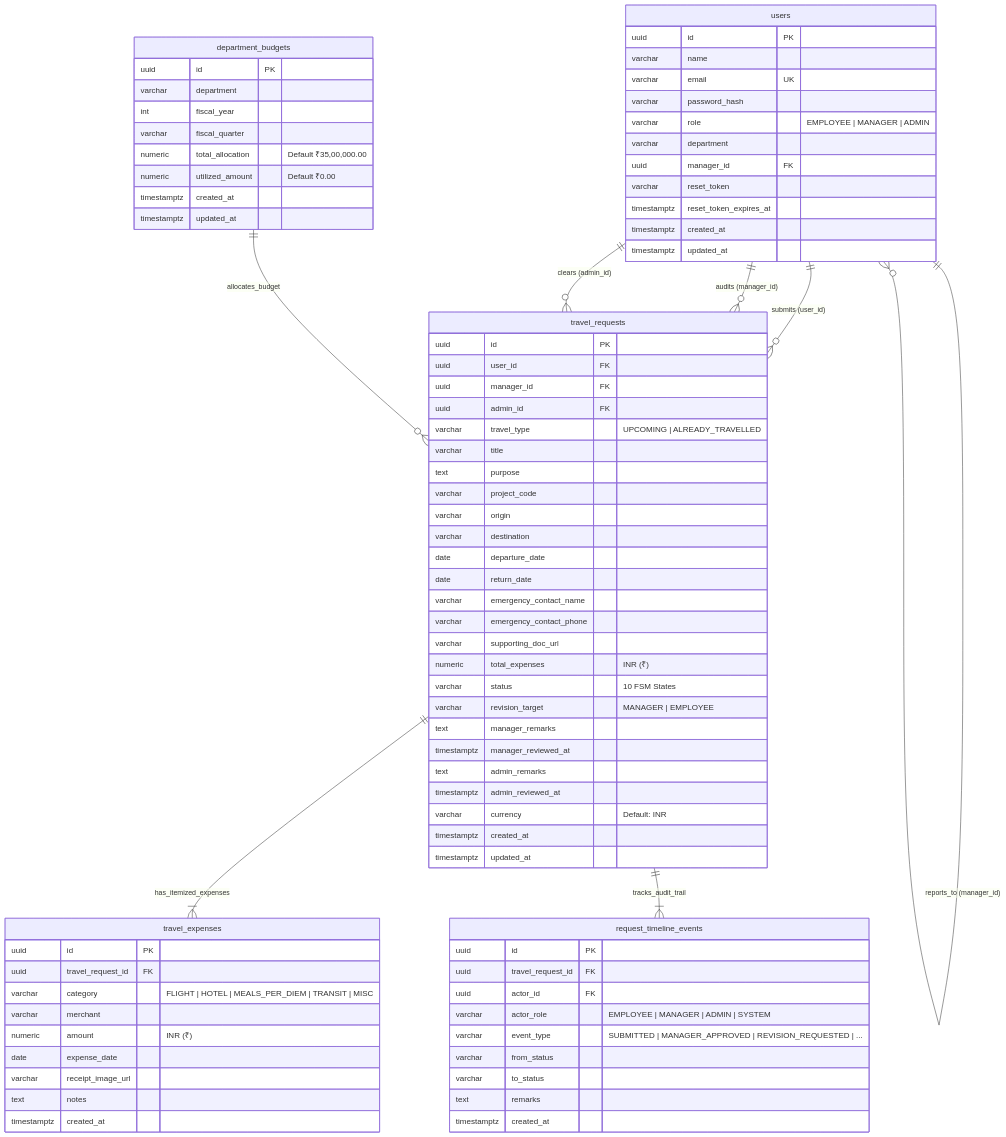
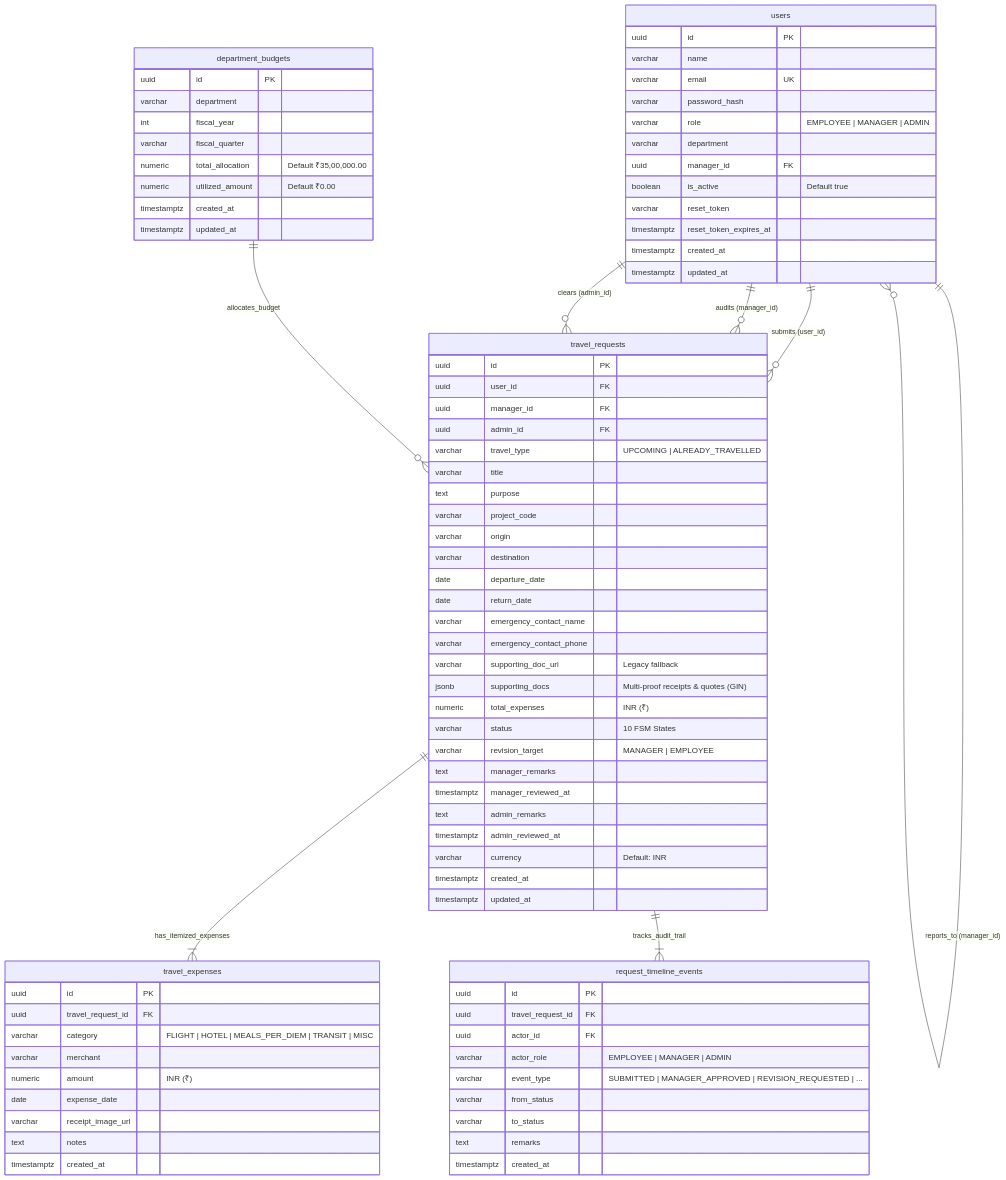
Before and after one commit to Sudalaimani777/Dashboard: the diagram in server/docs/DATABASE.md, drawn with Mermaid. The commit also changed other lines of this file and 47 other files, not shown here.

First line of the commit message:
Update database schema documentation and remove obsolete Postman collections

```diff
--- a/server/docs/DATABASE.md
+++ b/server/docs/DATABASE.md
@@ -34,6 +35,7 @@
         varchar role "EMPLOYEE | MANAGER | ADMIN"
         varchar department
         uuid manager_id FK
+        boolean is_active "Default true"
         varchar reset_token
         timestamptz reset_token_expires_at
         timestamptz created_at
@@ -66,7 +68,8 @@
         date return_date
         varchar emergency_contact_name
         varchar emergency_contact_phone
-        varchar supporting_doc_url
+        varchar supporting_doc_url "Legacy fallback"
+        jsonb supporting_docs "Multi-proof receipts & quotes (GIN)"
         numeric total_expenses "INR (₹)"
         varchar status "10 FSM States"
         varchar revision_target "MANAGER | EMPLOYEE"
@@ -95,7 +98,7 @@
         uuid id PK
         uuid travel_request_id FK
         uuid actor_id FK
-        varchar actor_role "EMPLOYEE | MANAGER | ADMIN | SYSTEM"
+        varchar actor_role "EMPLOYEE | MANAGER | ADMIN"
         varchar event_type "SUBMITTED | MANAGER_APPROVED | REVISION_REQUESTED | ..."
         varchar from_status
         varchar to_status
```
